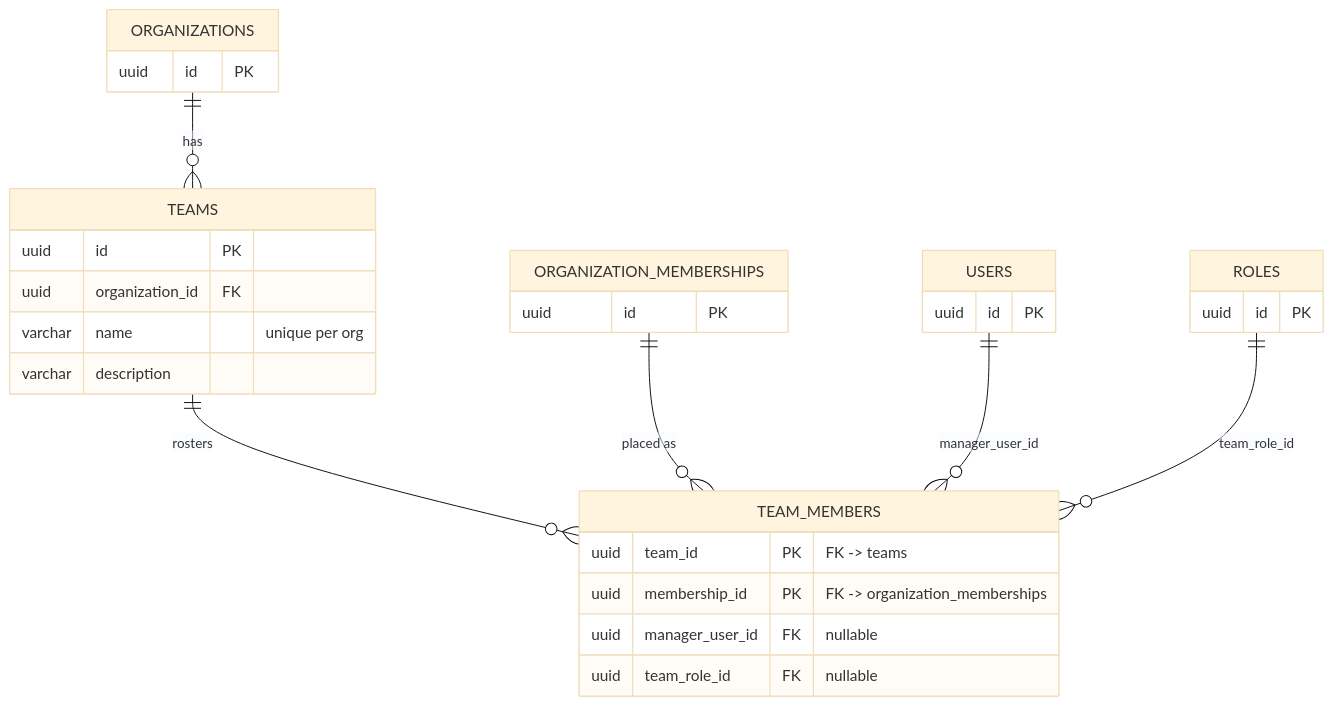
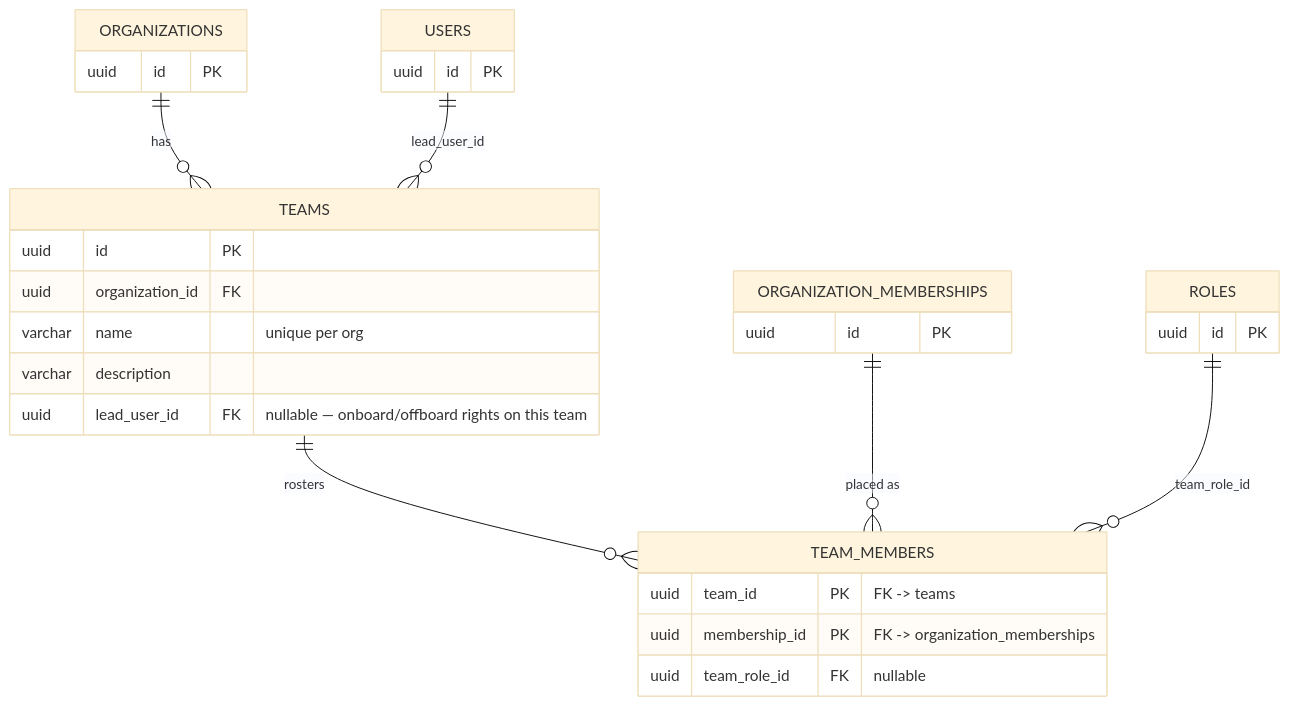
One commit to fporoli/worktime3 changed the third of 6 diagrams in docs/DATABASE_SCHEMA.md. Above: the diagram before and after it, drawn with Mermaid (base theme). The commit also changed other lines of this file and 15 other files, not shown here.

````diff
--- a/docs/DATABASE_SCHEMA.md
+++ b/docs/DATABASE_SCHEMA.md
@@ -139,25 +141,25 @@
 ```mermaid
 erDiagram
     ORGANIZATIONS ||--o{ TEAMS : "has"
+    USERS ||--o{ TEAMS : "lead_user_id"
     TEAMS ||--o{ TEAM_MEMBERS : "rosters"
     ORGANIZATION_MEMBERSHIPS ||--o{ TEAM_MEMBERS : "placed as"
-    USERS ||--o{ TEAM_MEMBERS : "manager_user_id"
     ROLES ||--o{ TEAM_MEMBERS : "team_role_id"
 
     TEAMS {
         uuid id PK
         uuid organization_id FK
         varchar name "unique per org"
         varchar description
+        uuid lead_user_id FK "nullable — onboard/offboard rights on this team"
     }
     TEAM_MEMBERS {
         uuid team_id PK "FK -> teams"
         uuid membership_id PK "FK -> organization_memberships"
-        uuid manager_user_id FK "nullable"
         uuid team_role_id FK "nullable"
     }
     ORGANIZATION_MEMBERSHIPS { uuid id PK }
     USERS { uuid id PK }
     ROLES { uuid id PK }
     ORGANIZATIONS { uuid id PK }
 ```
````
